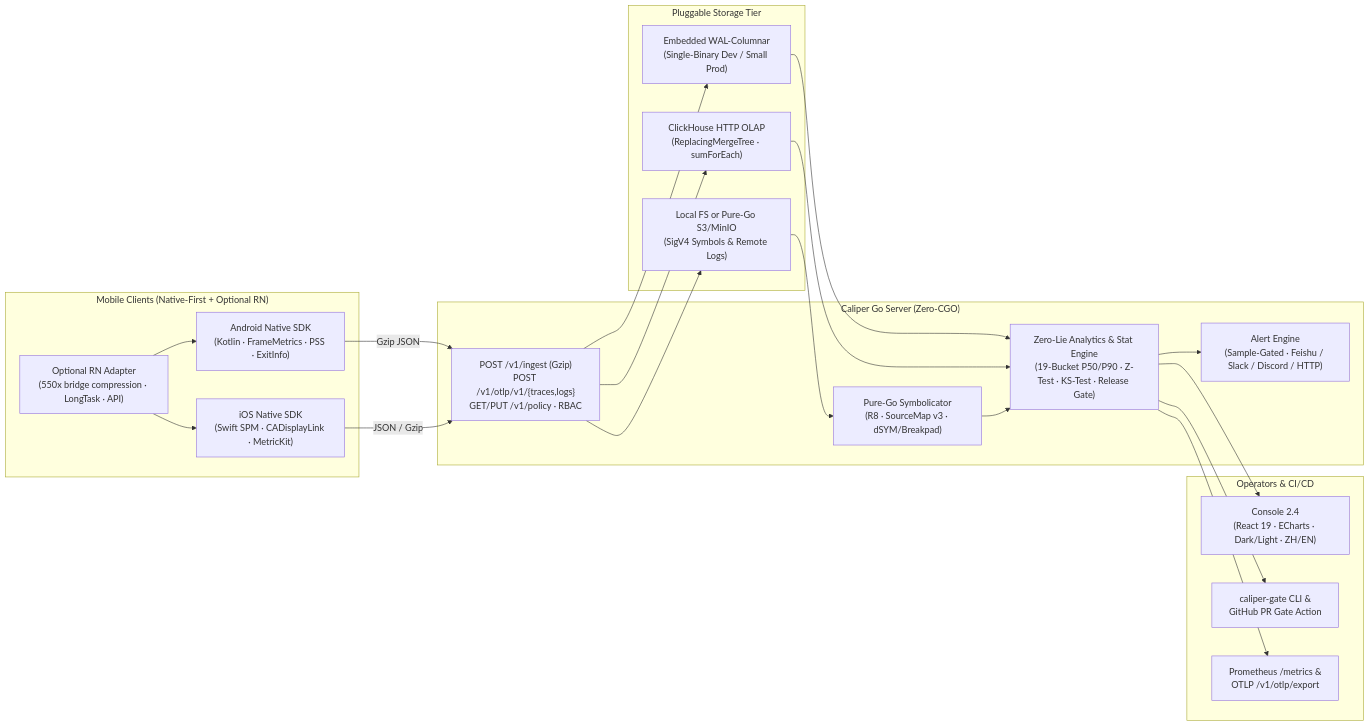
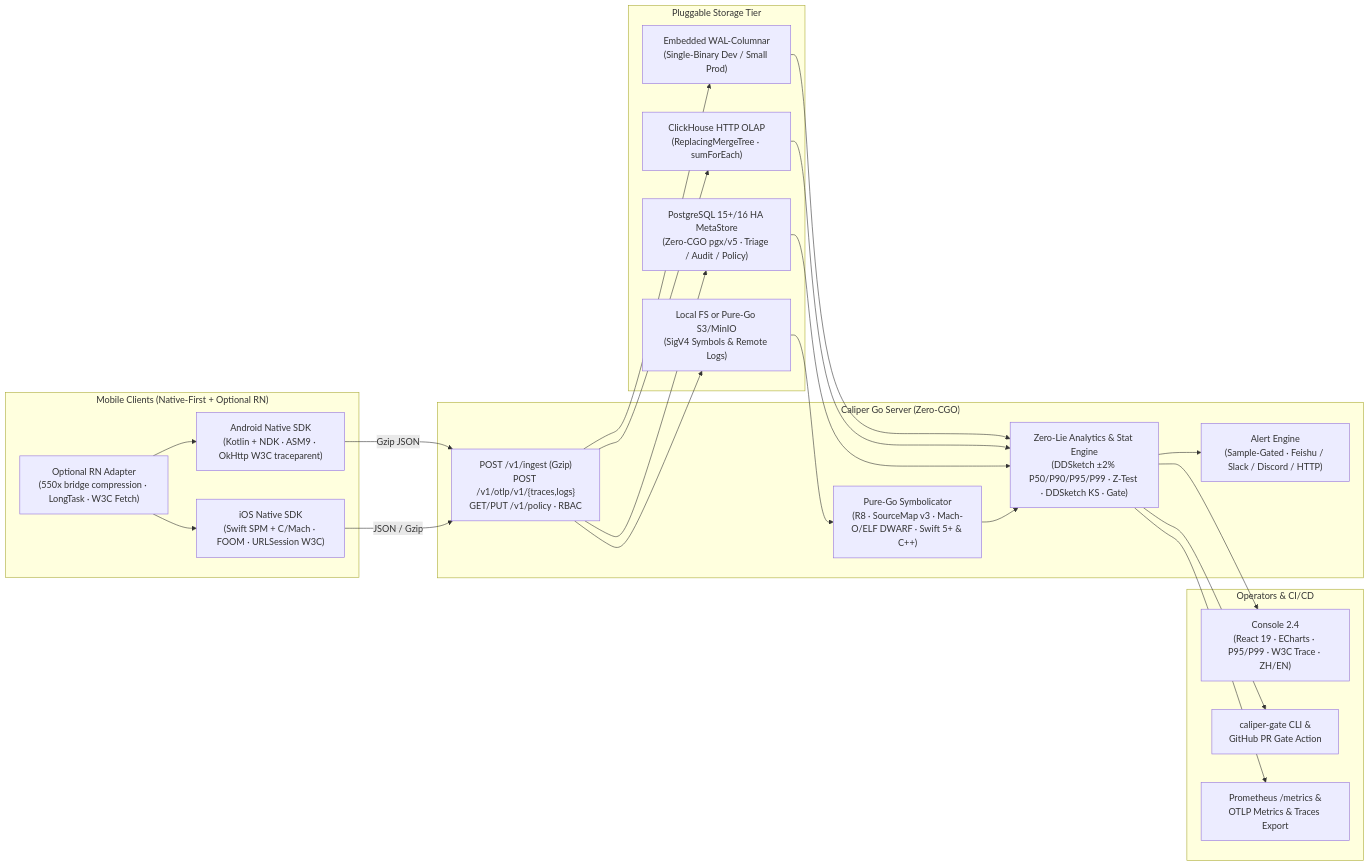
The first of 2 diagrams in docs/architecture.md (caliper-apm/caliper), drawn with Mermaid before and after one commit. The commit also changed other lines of this file and 72 other files, not shown here.

Commit message:
feat(release): v1.10.0 — RBAC-hardened MCP server, Zero-Lie binary size gate, ClickHouse DDSketch & OTLP trace push

````diff
--- a/docs/architecture.md
+++ b/docs/architecture.md
@@ -12,43 +12,46 @@
 ```mermaid
 flowchart LR
     subgraph Mobile["Mobile Clients (Native-First + Optional RN)"]
-        AND["Android Native SDK\n(Kotlin · FrameMetrics · PSS · ExitInfo)"]
-        IOS["iOS Native SDK\n(Swift SPM · CADisplayLink · MetricKit)"]
-        RN["Optional RN Adapter\n(550x bridge compression · LongTask · API)"]
+        AND["Android Native SDK\n(Kotlin + NDK · ASM9 · OkHttp W3C traceparent)"]
+        IOS["iOS Native SDK\n(Swift SPM + C/Mach · FOOM · URLSession W3C)"]
+        RN["Optional RN Adapter\n(550x bridge compression · LongTask · W3C Fetch)"]
         RN --> AND
         RN --> IOS
     end
 
     subgraph Ingest["Caliper Go Server (Zero-CGO)"]
         COL["POST /v1/ingest (Gzip)\nPOST /v1/otlp/v1/{traces,logs}\nGET/PUT /v1/policy · RBAC"]
-        SYM["Pure-Go Symbolicator\n(R8 · SourceMap v3 · dSYM/Breakpad)"]
-        ANA["Zero-Lie Analytics & Stat Engine\n(19-Bucket P50/P90 · Z-Test · KS-Test · Release Gate)"]
+        SYM["Pure-Go Symbolicator\n(R8 · SourceMap v3 · Mach-O/ELF DWARF · Swift 5+ & C++)"]
+        ANA["Zero-Lie Analytics & Stat Engine\n(DDSketch ±2% P50/P90/P95/P99 · Z-Test · DDSketch KS · Gate)"]
         ALT["Alert Engine\n(Sample-Gated · Feishu / Slack / Discord / HTTP)"]
     end
 
     subgraph Storage["Pluggable Storage Tier"]
         EMB["Embedded WAL-Columnar\n(Single-Binary Dev / Small Prod)"]
         CH["ClickHouse HTTP OLAP\n(ReplacingMergeTree · sumForEach)"]
+        PG["PostgreSQL 15+/16 HA MetaStore\n(Zero-CGO pgx/v5 · Triage / Audit / Policy)"]
         S3["Local FS or Pure-Go S3/MinIO\n(SigV4 Symbols & Remote Logs)"]
     end
 
     subgraph Consumers["Operators & CI/CD"]
-        UI["Console 2.4\n(React 19 · ECharts · Dark/Light · ZH/EN)"]
+        UI["Console 2.4\n(React 19 · ECharts · P95/P99 · W3C Trace · ZH/EN)"]
         GATE["caliper-gate CLI &\nGitHub PR Gate Action"]
-        PROM["Prometheus /metrics &\nOTLP /v1/otlp/export"]
+        PROM["Prometheus /metrics &\nOTLP Metrics & Traces Export"]
     end
 
     AND -->|Gzip JSON| COL
     IOS -->|JSON / Gzip| COL
     COL --> EMB
     COL --> CH
+    COL --> PG
     COL --> S3
     EMB --> ANA
     CH --> ANA
+    PG --> ANA
     S3 --> SYM
     SYM --> ANA
     ANA --> ALT
     ANA --> UI
     ANA --> GATE
     ANA --> PROM
 ```
````
